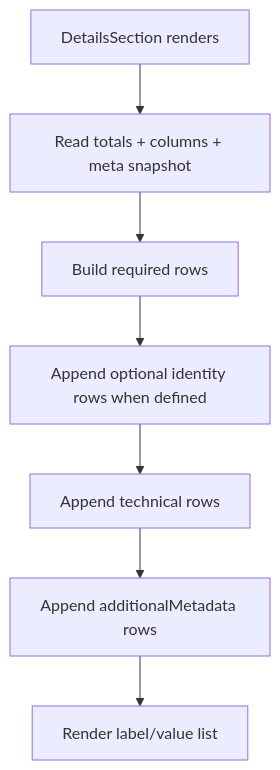
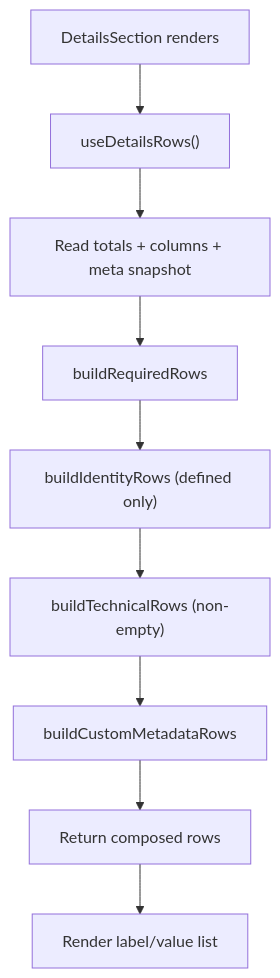
Before and after one commit to luciocabrera/lcabrera-stack: the second of 2 diagrams in apps/react-router/src/components/Table/TableSettingsDrawer/DetailsSection/ARCHITECTURE.md, drawn with Mermaid. The commit also changed other lines of this file and 19 other files, not shown here.

````diff
--- a/apps/react-router/src/components/Table/TableSettingsDrawer/DetailsSection/ARCHITECTURE.md
+++ b/apps/react-router/src/components/Table/TableSettingsDrawer/DetailsSection/ARCHITECTURE.md
@@ -33,9 +49,11 @@
 ```mermaid
 graph TD
-  A["DetailsSection renders"] --> B["Read totals + columns + meta snapshot"]
-  B --> C["Build required rows"]
-  C --> D["Append optional identity rows when defined"]
-  D --> E["Append technical rows"]
-  E --> F["Append additionalMetadata rows"]
-  F --> G["Render label/value list"]
+  A["DetailsSection renders"] --> B["useDetailsRows()"]
+  B --> C["Read totals + columns + meta snapshot"]
+  C --> D["buildRequiredRows"]
+  D --> E["buildIdentityRows (defined only)"]
+  E --> F["buildTechnicalRows (non-empty)"]
+  F --> G["buildCustomMetadataRows"]
+  G --> H["Return composed rows"]
+  H --> I["Render label/value list"]
 ```
````
